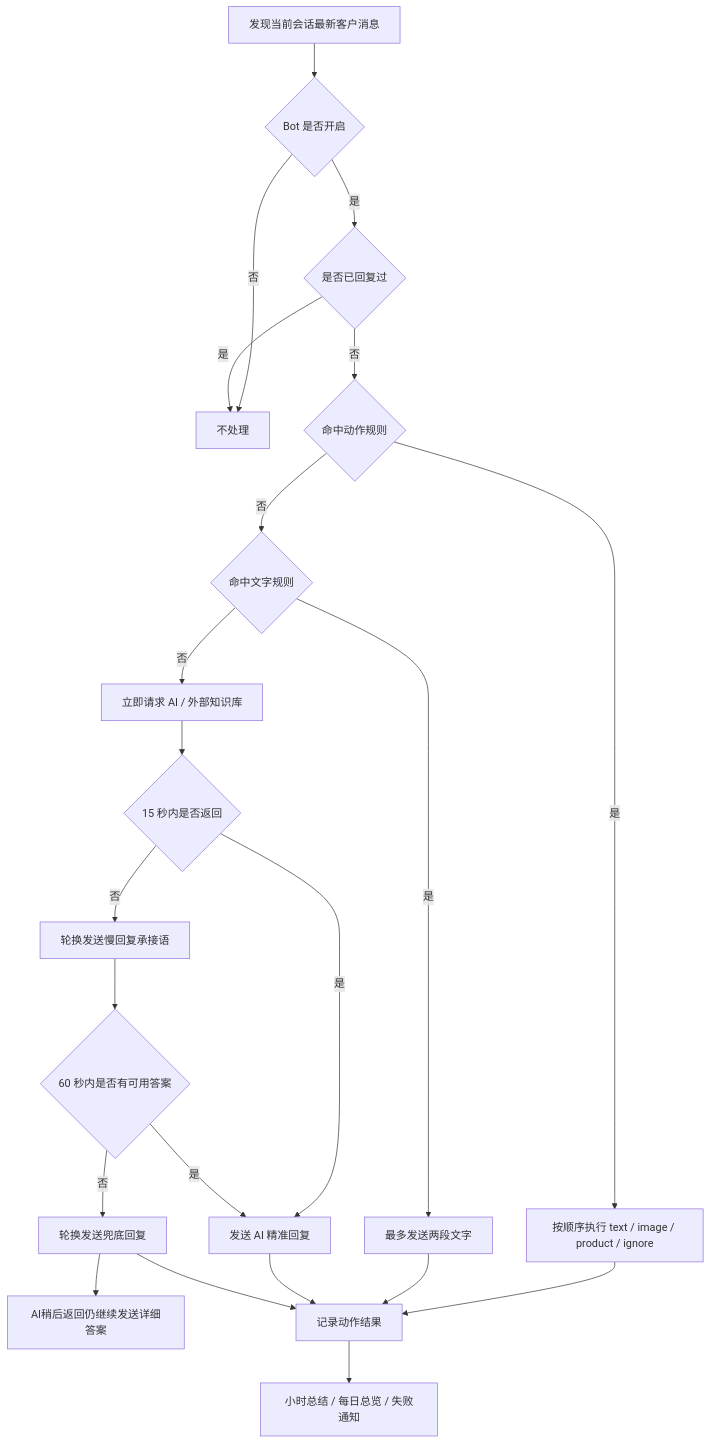
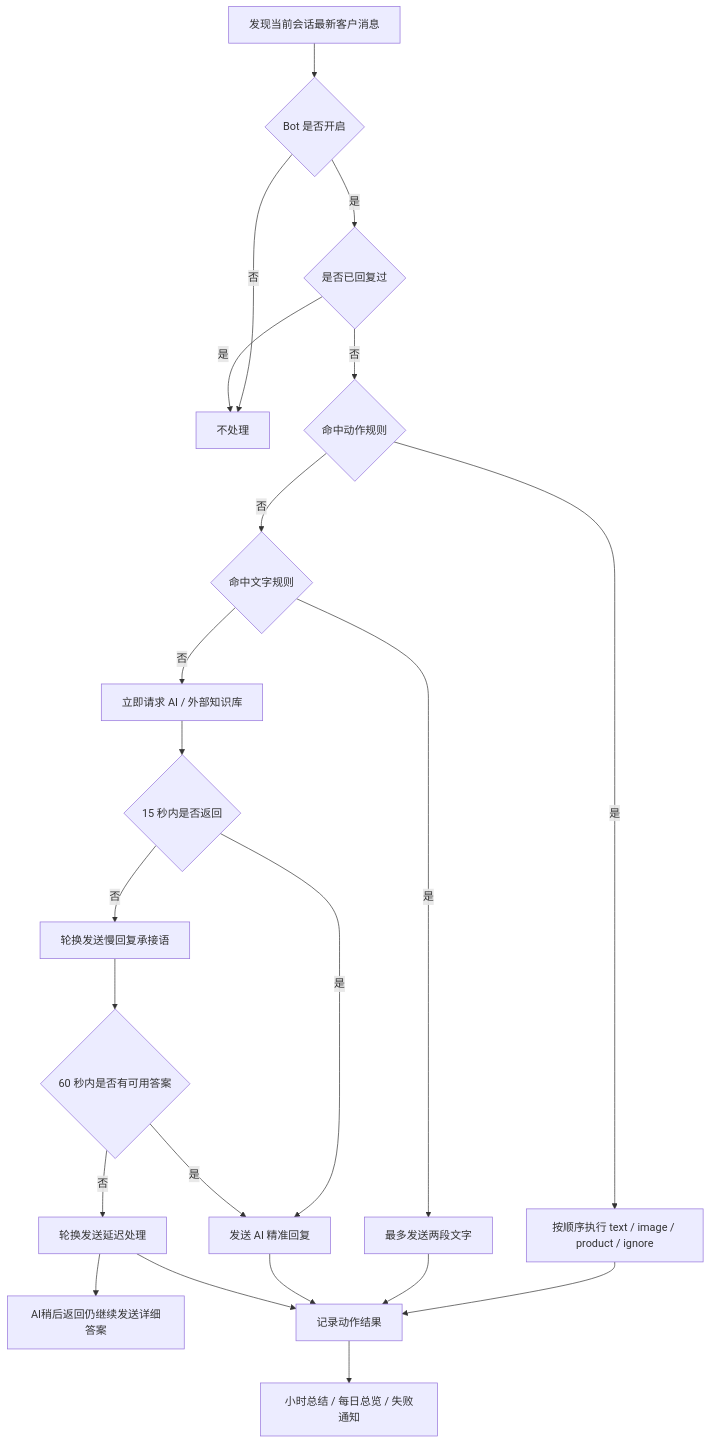
One commit to JahanHe/wechat-autoreply changed the second of 3 diagrams in docs/rich-user-guide.md. Above: the diagram before and after it, drawn with Mermaid. The commit also changed other lines of this file and 30 other files, not shown here.

Commit message:
feat: rebuild reply task flow for 0.4.4

````diff
--- a/docs/rich-user-guide.md
+++ b/docs/rich-user-guide.md
@@ -74,24 +74,24 @@
 ```mermaid
 flowchart TD
   A["发现当前会话最新客户消息"] --> B{"Bot 是否开启"}
   B -- "否" --> Z["不处理"]
   B -- "是" --> C{"是否已回复过"}
   C -- "是" --> Z
   C -- "否" --> D{"命中动作规则"}
   D -- "是" --> E["按顺序执行 text / image / product / ignore"]
   D -- "否" --> F{"命中文字规则"}
   F -- "是" --> G["最多发送两段文字"]
   F -- "否" --> H["立即请求 AI / 外部知识库"]
   H --> I{"15 秒内是否返回"}
   I -- "否" --> L["轮换发送慢回复承接语"]
   I -- "是" --> M["发送 AI 精准回复"]
   L --> N{"60 秒内是否有可用答案"}
   N -- "是" --> M
-  N -- "否" --> O["轮换发送兜底回复"]
+  N -- "否" --> O["轮换发送延迟处理"]
   O --> P["AI稍后返回仍继续发送详细答案"]
   E --> J["记录动作结果"]
   G --> J
   M --> J
   O --> J
   J --> K["小时总结 / 每日总览 / 失败通知"]
 ```
````
